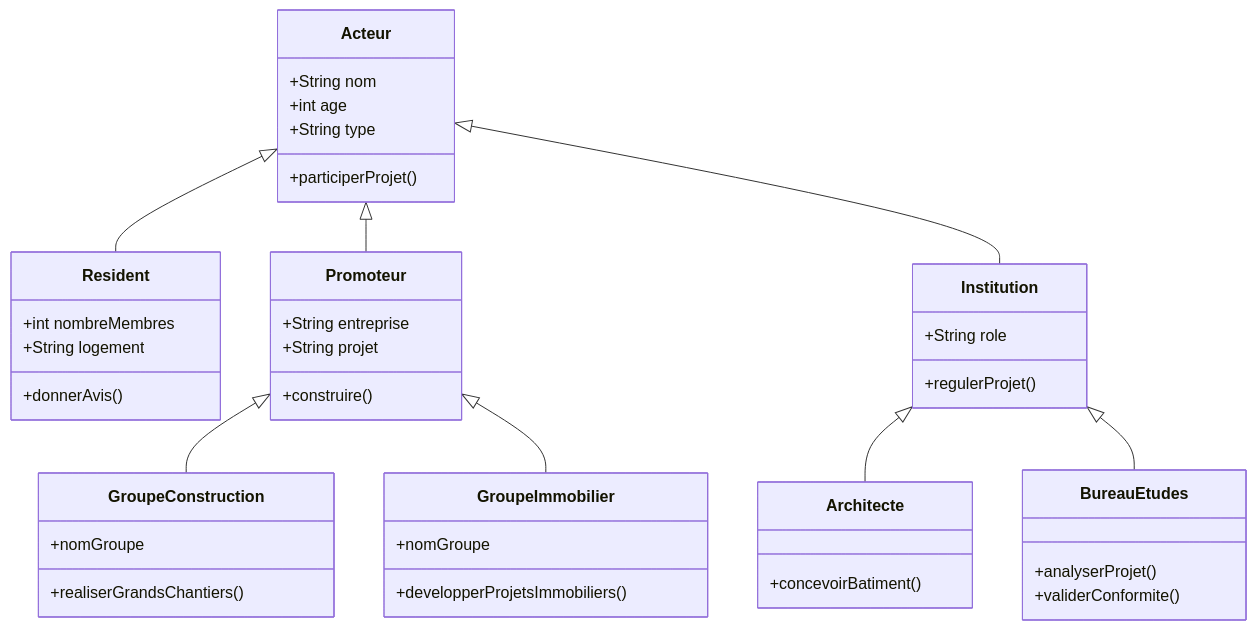
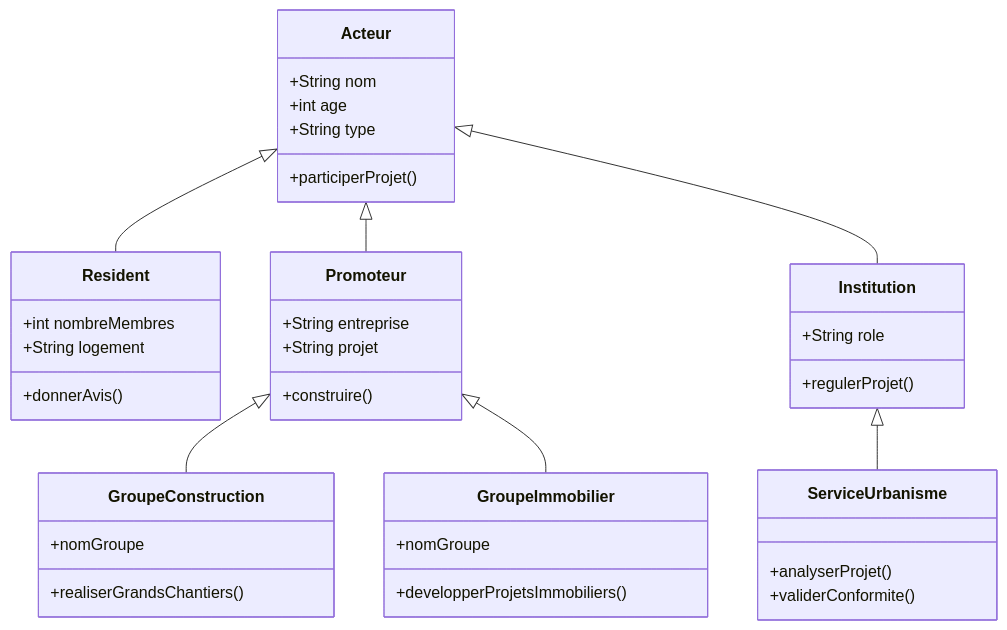
Before and after one commit to kahiarchi/plaine---saint--Denis---batiment-: the diagram in acteursTGY95.md, drawn with Mermaid.

Commit message:
Refactor institution classes and add ServiceUrbanisme
Removed classes Architecte and BureauEtudes, added ServiceUrbanisme.

````diff
--- a/acteursTGY95.md
+++ b/acteursTGY95.md
@@ -1,64 +1,61 @@
 ```mermaid
 
 classDiagram
        
        class Acteur {
            +String nom
            +int age
            +String type
            +participerProjet()
        }
 
     
        Acteur <|-- Resident
        Acteur <|-- Promoteur
        Acteur <|-- Institution
 
        class Resident {
            +int nombreMembres
            +String logement
            +donnerAvis()
        }
 
      
        class Promoteur {
            +String entreprise
            +String projet
            +construire()
        }
 
       
        Promoteur <|-- GroupeConstruction
        Promoteur <|-- GroupeImmobilier
 
        class GroupeConstruction {
            +nomGroupe
            +realiserGrandsChantiers()
        }
 
        class GroupeImmobilier {
            +nomGroupe
            +developperProjetsImmobiliers()
        }
 
     
        class Institution {
            +String role
            +regulerProjet()
        }
 
       
-       Institution <|-- Architecte
-       Institution <|-- BureauEtudes
 
-       class Architecte {
-           +concevoirBatiment()
-       }
+       Institution <|-- ServiceUrbanisme
 
-       class BureauEtudes {
+       
+       class ServiceUrbanisme {
            +analyserProjet()
            +validerConformite()
        }
 
 
 ```
````
